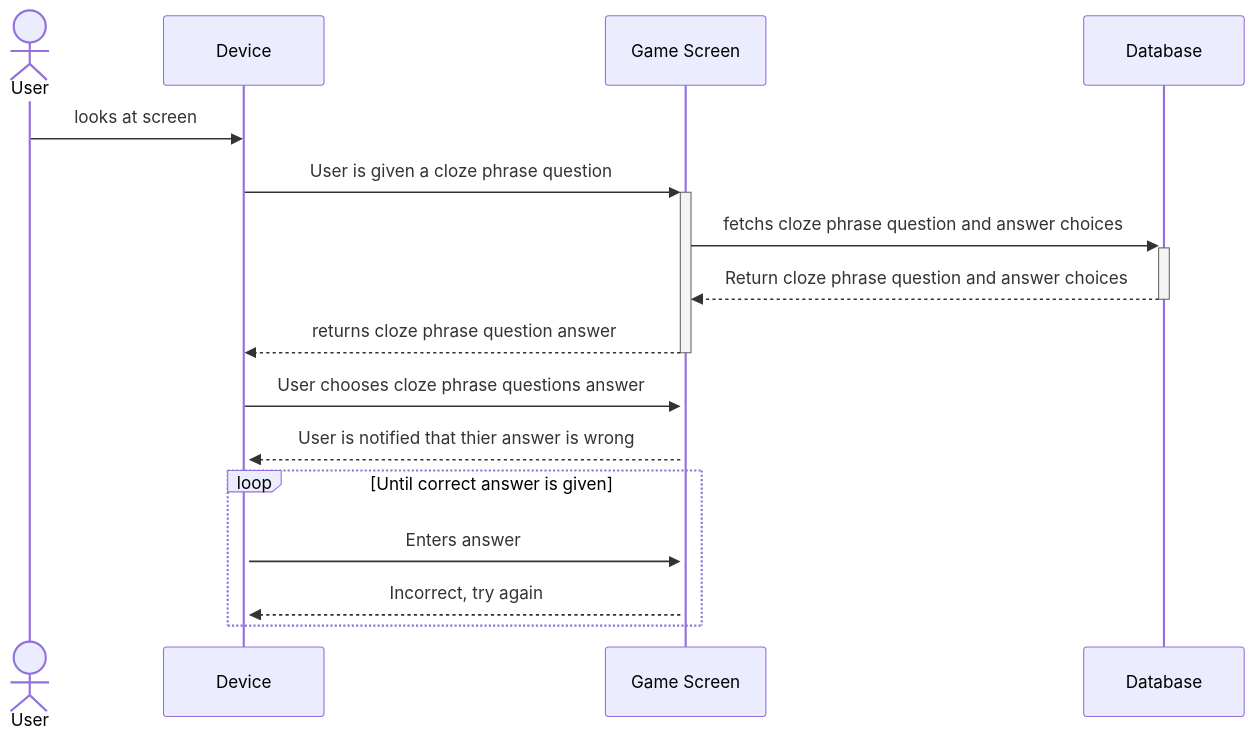
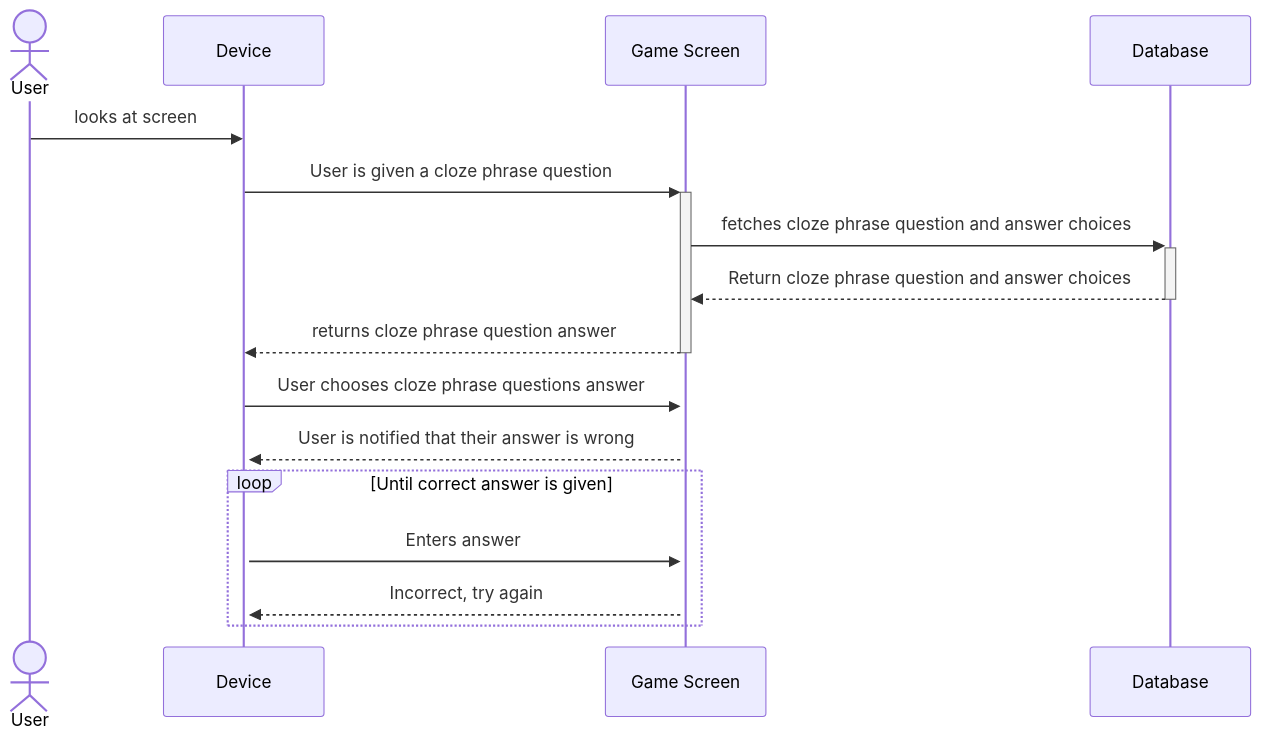
One commit to henryschoemer/project-aac-game-team-b_bugfix_team6 changed the second of 4 diagrams in documentation/docs/requirements/use-case-descriptions.md. Above: the diagram before and after it, drawn with Mermaid. The commit also changed other lines of this file, not shown here.

````diff
--- a/documentation/docs/requirements/use-case-descriptions.md
+++ b/documentation/docs/requirements/use-case-descriptions.md
@@ -62,23 +62,23 @@
 ```mermaid
 sequenceDiagram 
     actor User
     participant D as Device
     participant GR as Game Screen
     participant Database
 
 
 
 
     User ->> D: looks at screen 
     D ->>+ GR: User is given a cloze phrase question
-    GR ->>+ Database: fetchs cloze phrase question and answer choices
+    GR ->>+ Database: fetches cloze phrase question and answer choices
     Database -->>- GR: Return cloze phrase question and answer choices
     GR -->>- D: returns cloze phrase question answer
 
     D ->>+ GR: User chooses cloze phrase questions answer 
-    GR -->>+ D: User is notified that thier answer is wrong
+    GR -->>+ D: User is notified that their answer is wrong
     loop Until correct answer is given
         D->>GR :Enters answer
         GR-->>D: Incorrect, try again
     end
-```
+```    
````
